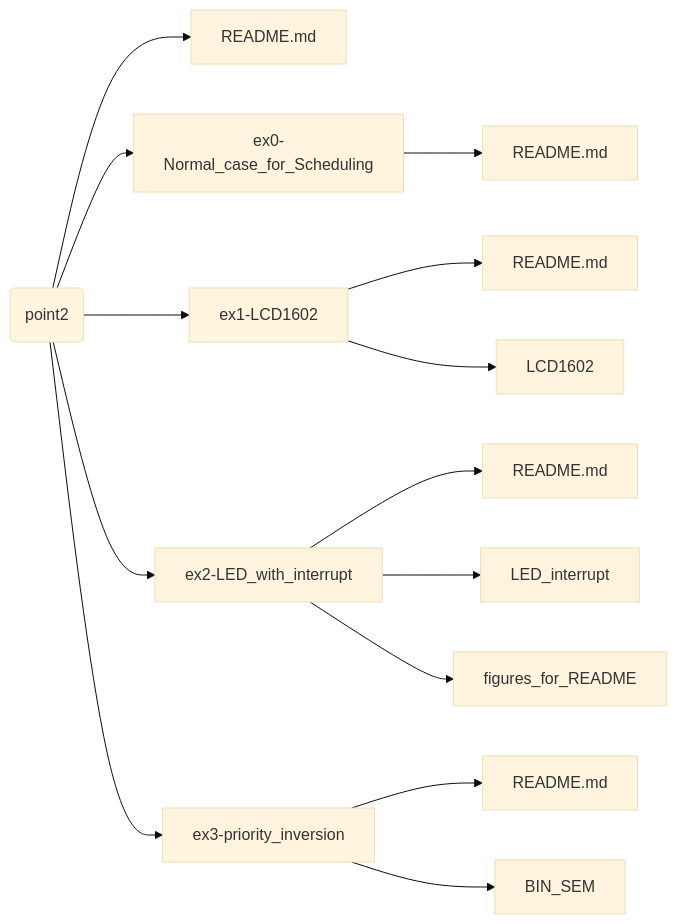
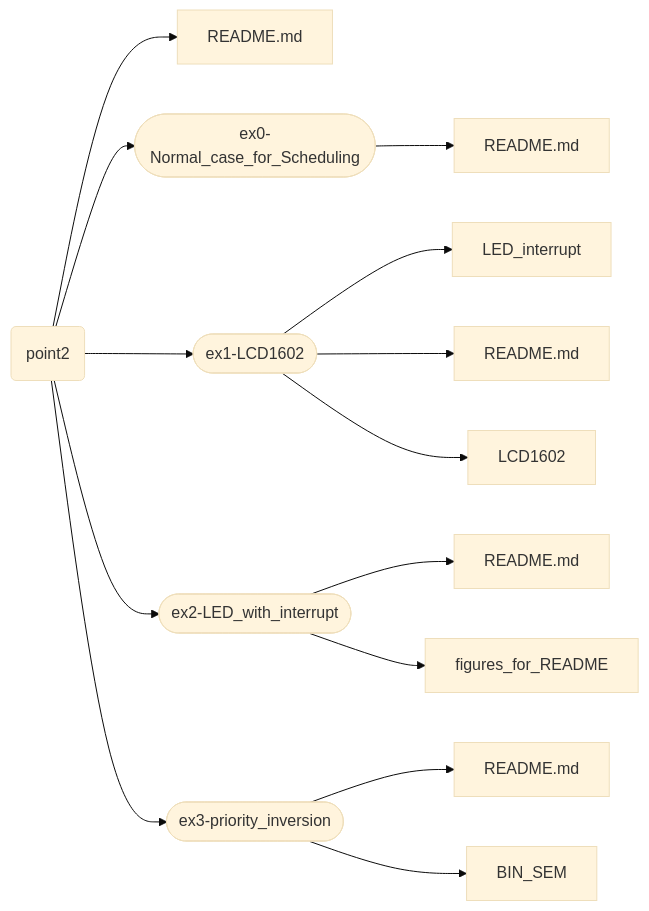
One commit to smokyisthatyou/STM32Nucleo64 changed the diagram in README.md. Above: the diagram before and after it, drawn with Mermaid.

````diff
--- a/README.md
+++ b/README.md
@@ -11,34 +11,36 @@
 ```mermaid
 %%{init: {'theme':'base'}}%%
 graph LR;
 p(point2)
 A[README.md];
 B[README.md];
 C[README.md];
 D[README.md];
 E[README.md];
 p-->A;
-p-->ex0-Normal_case_for_Scheduling;
-p-->ex1-LCD1602;
-p-->ex2-LED_with_interrupt;
-p-->ex3-priority_inversion;
-ex0-Normal_case_for_Scheduling-->E;
-ex2-LED_with_interrupt-->B;
-ex2-LED_with_interrupt-->LED_interrupt;
-ex2-LED_with_interrupt-->figures_for_README;
-ex1-LCD1602-->D;
-ex1-LCD1602-->LCD1602
-ex3-priority_inversion --> C;
-ex3-priority_inversion --> BIN_SEM;
+p-->dir1([ex0-Normal_case_for_Scheduling]);
+p-->dir2([ex1-LCD1602]);
+p-->dir3([ex2-LED_with_interrupt]);
+p-->dir4([ex3-priority_inversion]);
+dir1-->E;
+dir3-->B;
+dir2-->LED_interrupt;
+dir3-->figures_for_README;
+dir2-->D;
+dir2-->LCD1602
+dir4-->C;
+dir4-->BIN_SEM;
 
 click p href "https://baltig.polito.it/caos2023/group2/-/tree/point2" "Link to point2";
+click BIN_SEM href "https://baltig.polito.it/caos2023/group2/-/tree/point2/ex3-priority_inversion/BIN_SEM" "Link to point2";
 click README.md href "https://baltig.polito.it/caos2023/group2/-/tree/point2/README.md" "Link to point2.md";
 click ex1-LCD1602 href "https://baltig.polito.it/caos2023/group2/-/tree/point2/ex1-LCD1602" "Link to ex1-LCD1602";
 click ex2-LED_with_interrupt href "https://baltig.polito.it/caos2023/group2/-/tree/point2/ex2-LED_with_interrupt" "Link to ex2-LED_with_interrupt";
-click README.md href "https://baltig.polito.it/caos2023/group2/-/tree/point2/ex2-LED_with_interrupt/README.md" "Link to README.md";
+click ex3-priority_inversion href "https://baltig.polito.it/caos2023/group2/-/tree/point2/ex3-priority_inversion" "Link to ex3-priority_inversion";
+click B href "https://baltig.polito.it/caos2023/group2/-/tree/point2/ex2-LED_with_interrupt/README.md" "Link to README.md";
 click figures_for_README href "https://baltig.polito.it/caos2023/group2/-/tree/point2/ex2-LED_with_interrupt/figures_for_README" "Link to figures_for_README";
 click LED_interrupt href "https://baltig.polito.it/caos2023/group2/-/tree/point2/ex2-LED_with_interrupt/LED_interrupt" "Link to LED_interrupt";
 click ex3-priority_inversion href "https://baltig.polito.it/caos2023/group2/-/tree/point1/tutorial_pictures" "Link to ex3-priority_inversion";
 click README.md href "https://baltig.polito.it/caos2023/group2/-/tree/point2/ex3-priority_inversion/README.md" "Link to README.md";
 click BIN_SEM href "https://baltig.polito.it/caos2023/group2/-/tree/point2/ex3-priority_inversion/BIN_SEM" "Link to BIN_SEM";
 ```
````
